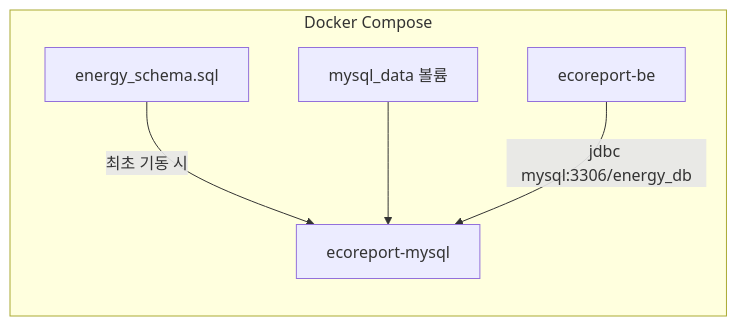
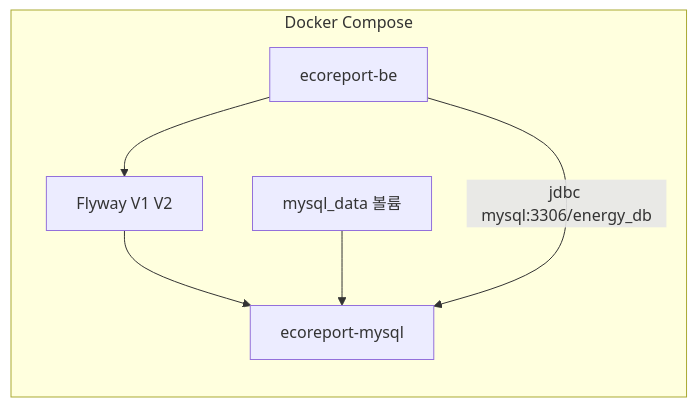
One commit to ravenkim/sundry_study changed the diagram in docs/기획/캠퍼스_에너지_절약/04_기술_기획/DB_설정_가이드.md. Above: the diagram before and after it, drawn with Mermaid. The commit also changed other lines of this file and 13 other files, not shown here.

````diff
--- a/docs/기획/캠퍼스_에너지_절약/04_기술_기획/DB_설정_가이드.md
+++ b/docs/기획/캠퍼스_에너지_절약/04_기술_기획/DB_설정_가이드.md
@@ -27,13 +29,14 @@
 ```mermaid
 flowchart LR
   subgraph compose [Docker Compose]
     BE[ecoreport-be]
     MySQL[ecoreport-mysql]
     Vol[mysql_data 볼륨]
-    InitSQL[energy_schema.sql]
+    Flyway[Flyway V1 V2]
   end
 
-  InitSQL -->|"최초 기동 시"| MySQL
+  BE --> Flyway
+  Flyway --> MySQL
   Vol --> MySQL
   BE -->|"jdbc mysql:3306/energy_db"| MySQL
 ```
````
